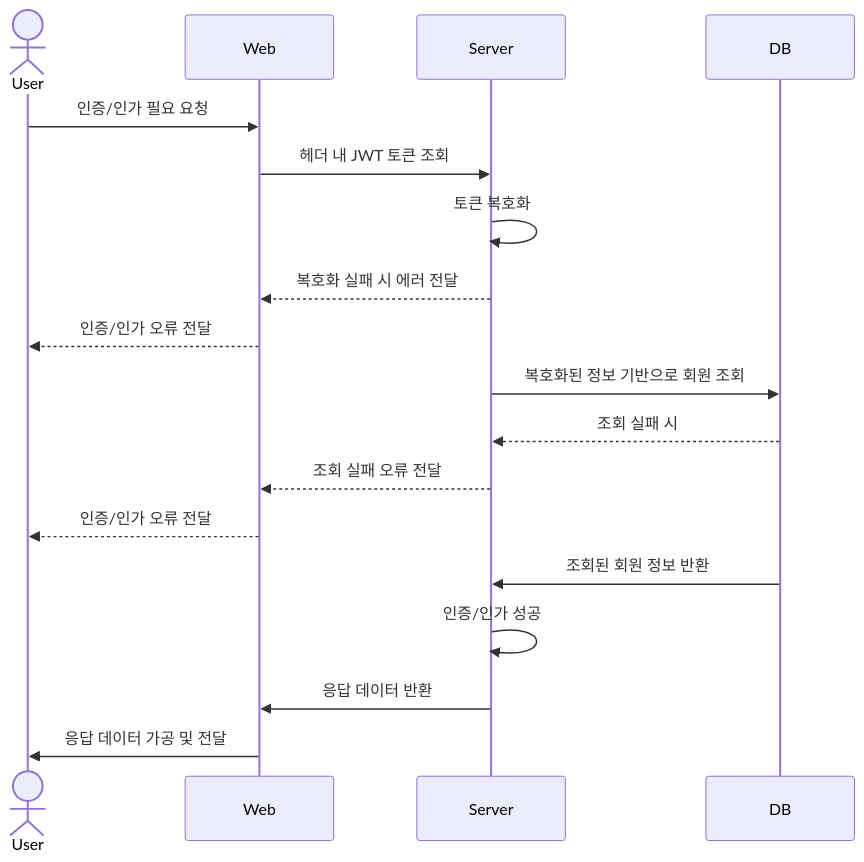
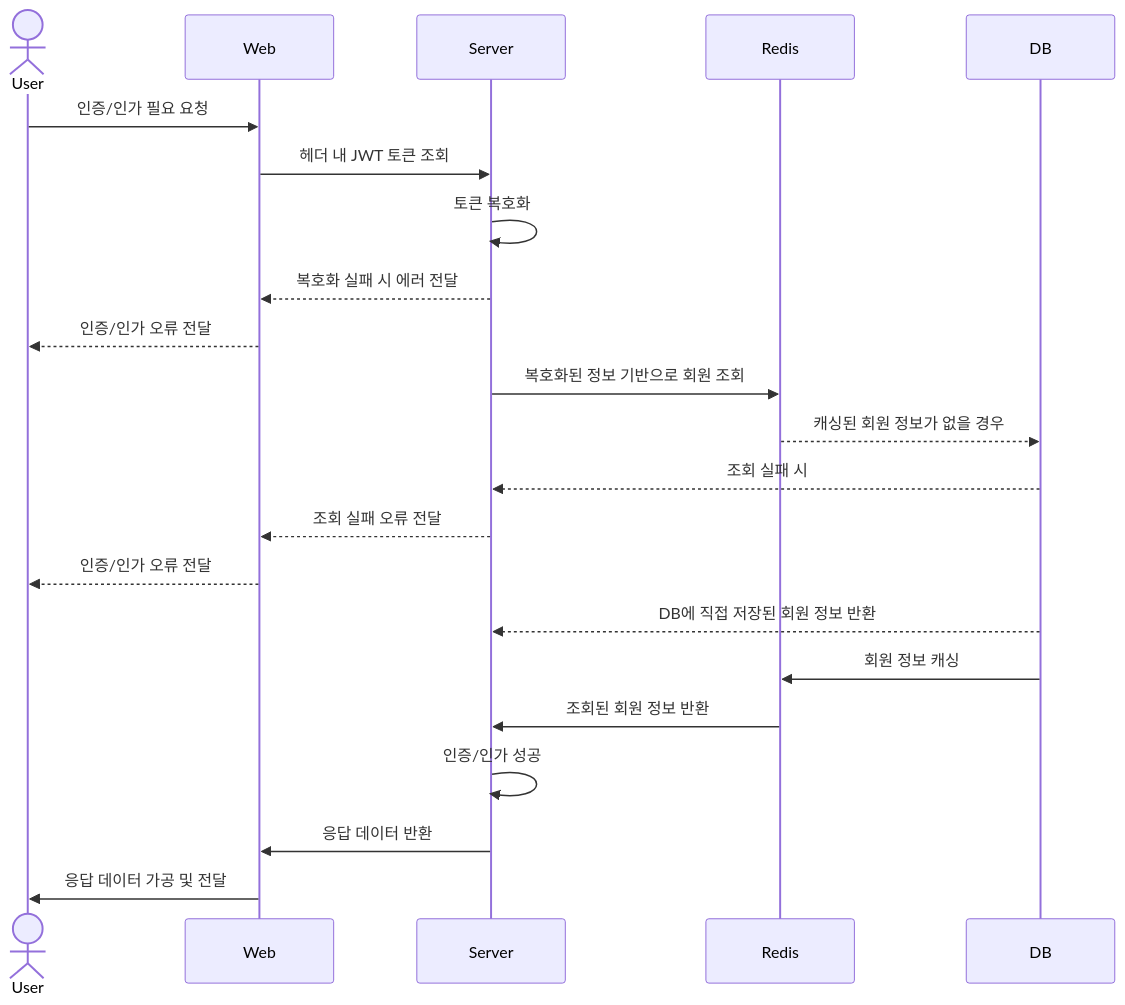
One commit to GuardJo/simple-feed-book changed the fifth of 10 diagrams in README.md. Above: the diagram before and after it, drawn with Mermaid.

Commit message:
#49 인증/인가 과정 간 캐싱 시나리오 구성
- README 내 인증/인가 flow에 캐싱 관련 흐름 추가

````diff
--- a/README.md
+++ b/README.md
@@ -105,21 +105,25 @@
 ```mermaid
 sequenceDiagram
-actor User
-participant Web
-participant Server
-participant DB
+  actor User
+  participant Web
+  participant Server
+  participant Redis
+  participant DB
 
-User ->> Web : 인증/인가 필요 요청
-Web ->> Server : 헤더 내 JWT 토큰 조회
-Server ->> Server : 토큰 복호화
-Server -->> Web : 복호화 실패 시 에러 전달
-Web -->> User : 인증/인가 오류 전달
-Server ->> DB : 복호화된 정보 기반으로 회원 조회
-DB -->> Server : 조회 실패 시
-Server -->> Web : 조회 실패 오류 전달
-Web -->> User : 인증/인가 오류 전달
-DB ->> Server : 조회된 회원 정보 반환
-Server ->> Server : 인증/인가 성공
-Server ->> Web : 응답 데이터 반환
-Web ->> User : 응답 데이터 가공 및 전달
+  User ->> Web : 인증/인가 필요 요청
+  Web ->> Server : 헤더 내 JWT 토큰 조회
+  Server ->> Server : 토큰 복호화
+  Server -->> Web : 복호화 실패 시 에러 전달
+  Web -->> User : 인증/인가 오류 전달
+  Server ->> Redis : 복호화된 정보 기반으로 회원 조회
+  Redis -->> DB : 캐싱된 회원 정보가 없을 경우
+  DB -->> Server : 조회 실패 시
+  Server -->> Web : 조회 실패 오류 전달
+  Web -->> User : 인증/인가 오류 전달
+  DB -->> Server : DB에 직접 저장된 회원 정보 반환
+  DB ->> Redis : 회원 정보 캐싱
+  Redis ->> Server : 조회된 회원 정보 반환
+  Server ->> Server : 인증/인가 성공
+  Server ->> Web : 응답 데이터 반환
+  Web ->> User : 응답 데이터 가공 및 전달
 ```
````
